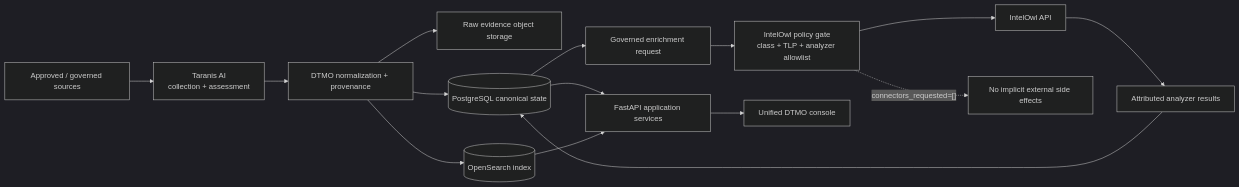
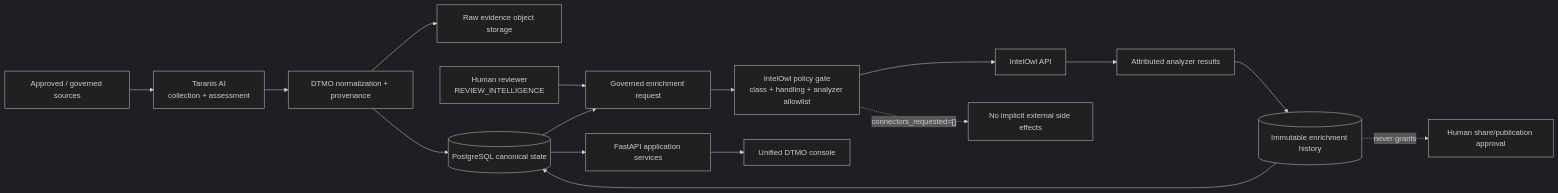
Before and after one commit to GJvManen/dtmo: the diagram in README.md, drawn with Mermaid (dark theme). The commit also changed other lines of this file, not shown here.

Commit message:
docs: advance README to governed IntelOwl execution

````diff
--- a/README.md
+++ b/README.md
@@ -43,17 +44,18 @@
 ```mermaid
 flowchart LR
     S[Approved / governed sources] --> TAR[Taranis AI\ncollection + assessment]
     TAR --> N[DTMO normalization + provenance]
     N --> O[Raw evidence object storage]
     N --> P[(PostgreSQL canonical state)]
-    N --> X[(OpenSearch index)]
-    P --> ENR[Governed enrichment request]
-    ENR --> G[IntelOwl policy gate\nclass + TLP + analyzer allowlist]
+    H[Human reviewer\nREVIEW_INTELLIGENCE] --> ENR[Governed enrichment request]
+    P --> ENR
+    ENR --> G[IntelOwl policy gate\nclass + handling + analyzer allowlist]
     G --> OWL[IntelOwl API]
     OWL --> ER[Attributed analyzer results]
-    ER --> P
+    ER --> EH[(Immutable enrichment history)]
+    EH --> P
     G -. connectors_requested=[] .-> NO[No implicit external side effects]
+    EH -. never grants .-> SHARE[Human share/publication approval]
     P --> API[FastAPI application services]
-    X --> API
     API --> UI[Unified DTMO console]
 ```
````
